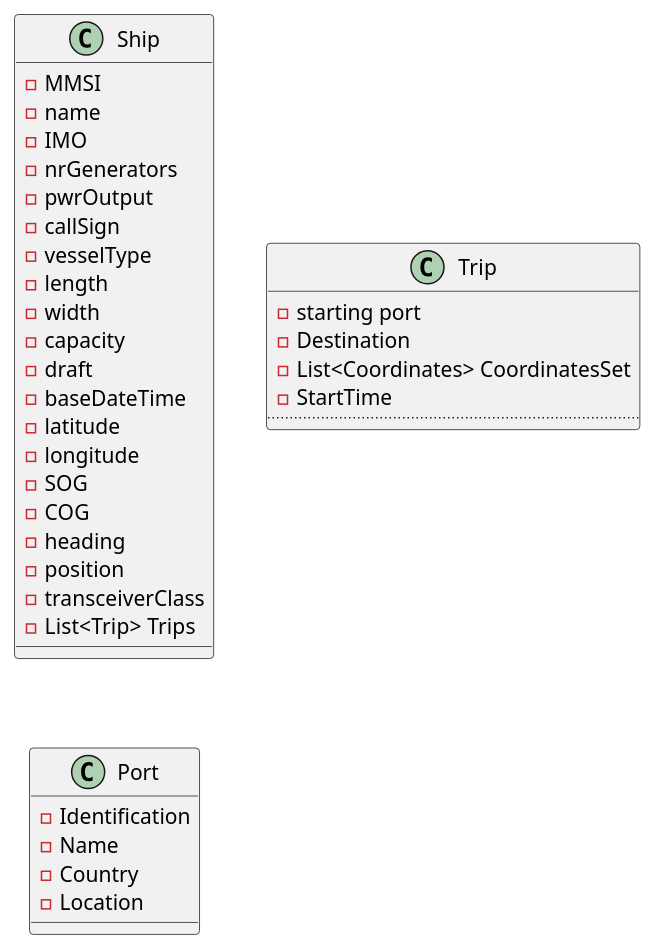
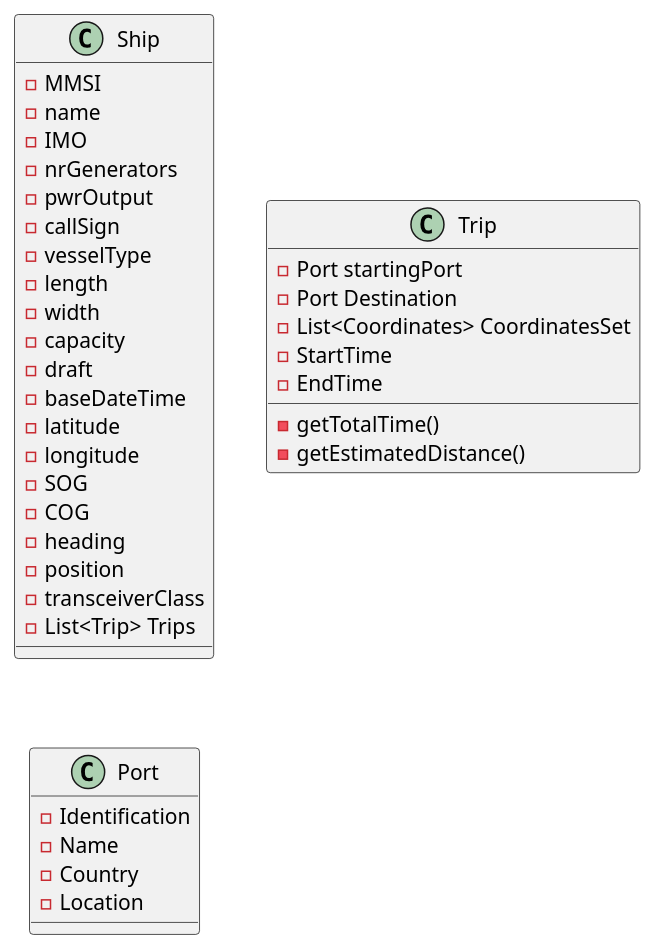
One commit to mpoboas/lapr3-2021-g102 changed the diagram in docs/Sprint1/US105/CD.puml. Above: the diagram before and after it, drawn with PlantUML. The commit also changed 2 other files, not shown here.

```diff
--- a/docs/Sprint1/US105/CD.puml
+++ b/docs/Sprint1/US105/CD.puml
@@ -1,40 +1,42 @@
 @startuml
 class Ship {
 -MMSI
 -name
 -IMO
 -nrGenerators
 -pwrOutput
 -callSign
 -vesselType
 -length
 -width
 -capacity
 -draft
 -baseDateTime
 -latitude
 -longitude
 -SOG
 -COG
 -heading
 -position
 -transceiverClass
 -List<Trip> Trips
 }
 
 class Trip{
--starting port
--Destination
+-Port startingPort
+-Port Destination
 -List<Coordinates> CoordinatesSet
 -StartTime
-....
+-EndTime
+-getTotalTime()
+-getEstimatedDistance()
 }
 
 class Port{
 -Identification
 -Name
 -Country
 -Location
 }
 
 @enduml
```
